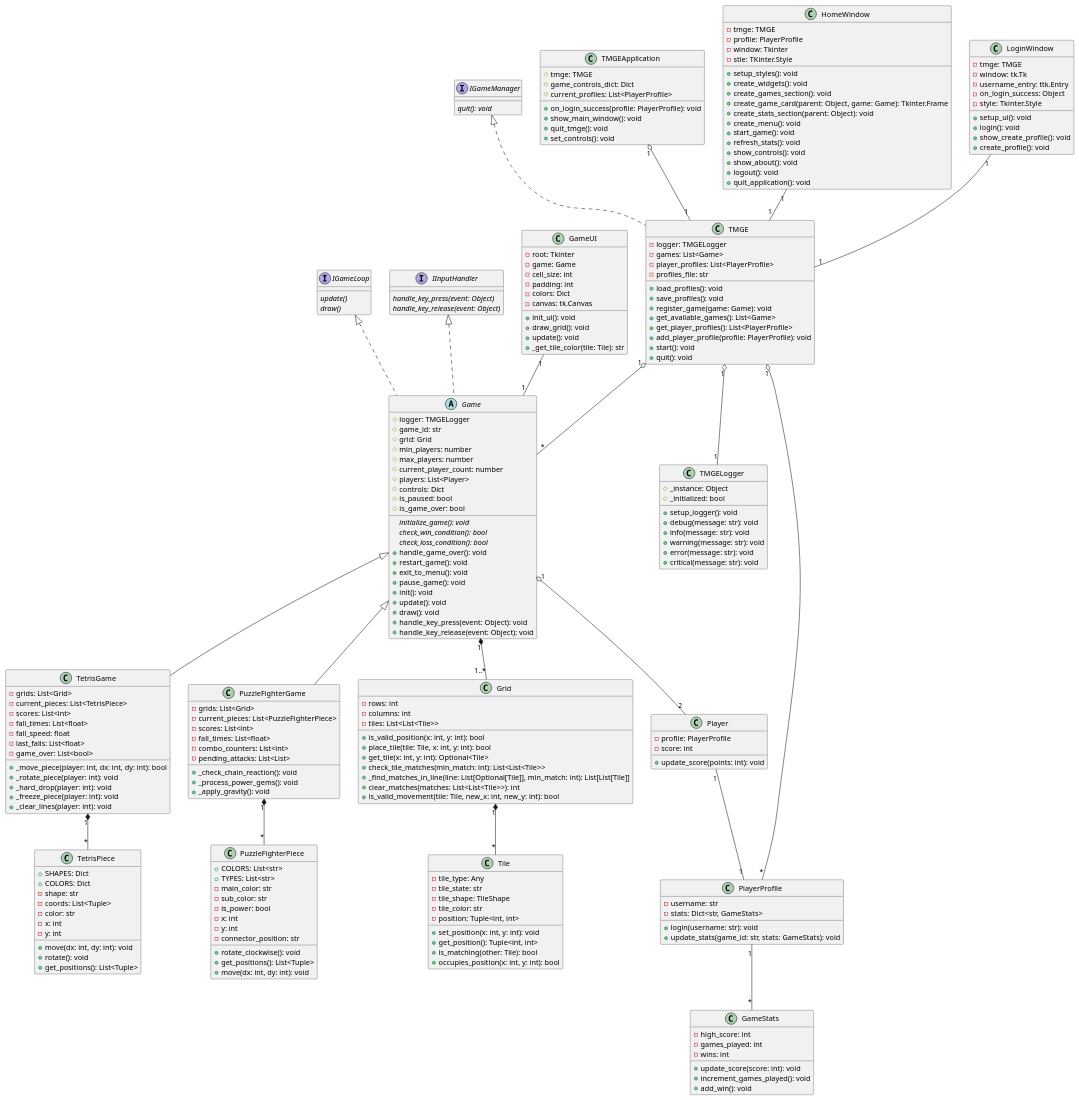
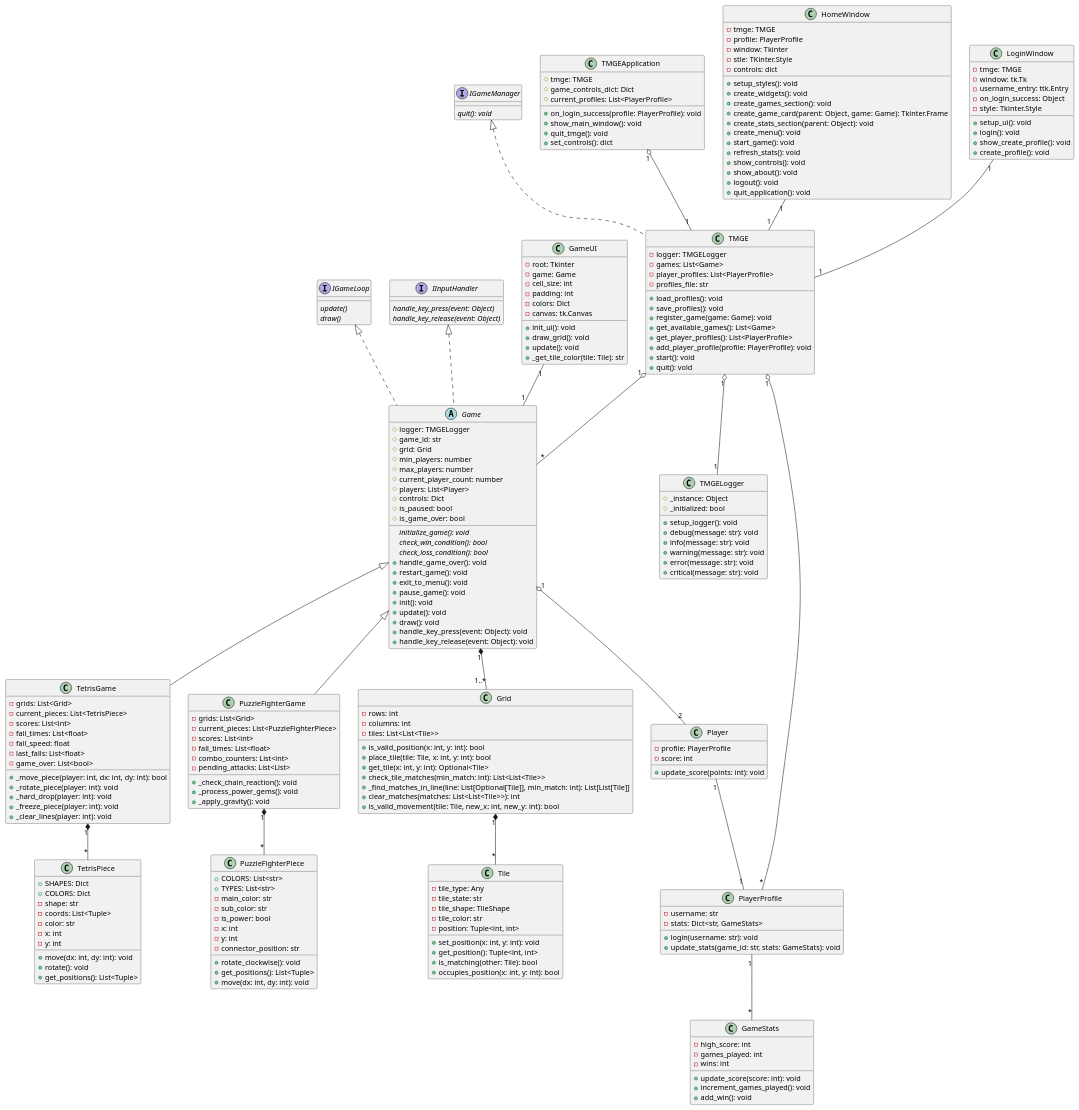
The diagram in uml-final.puml (mcdipples/2d-Tile-GameDev-Ennvironment), drawn with PlantUML before and after one commit. The commit also changed 11 other files, not shown here.

```diff
--- a/uml-final.puml
+++ b/uml-final.puml
@@ -33,7 +33,7 @@
     +on_login_success(profile: PlayerProfile): void
     +show_main_window(): void
     +quit_tmge(): void
-    +set_controls(): void
+    +set_controls(): dict
 }
 
 ' --- Games ---
@@ -162,6 +162,7 @@
     -profile: PlayerProfile
     -window: Tkinter
     -stle: TKinter.Style
+    -controls: dict
     +setup_styles(): void
     +create_widgets(): void
     +create_games_section(): void
```
